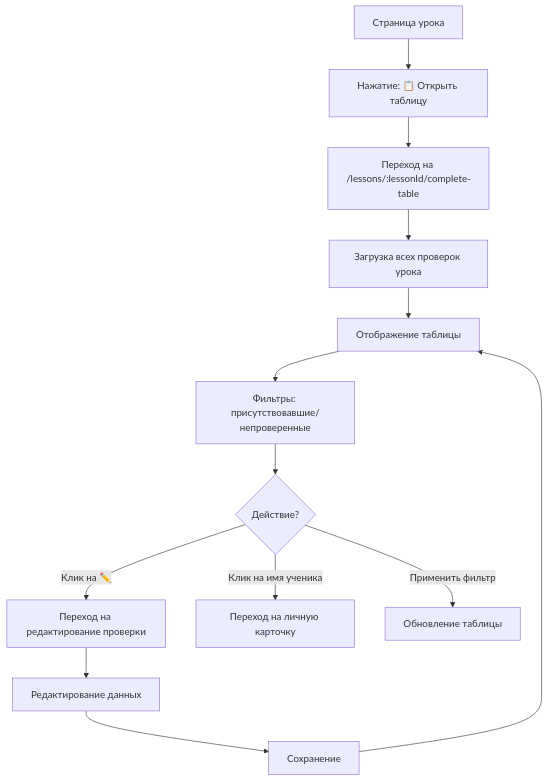
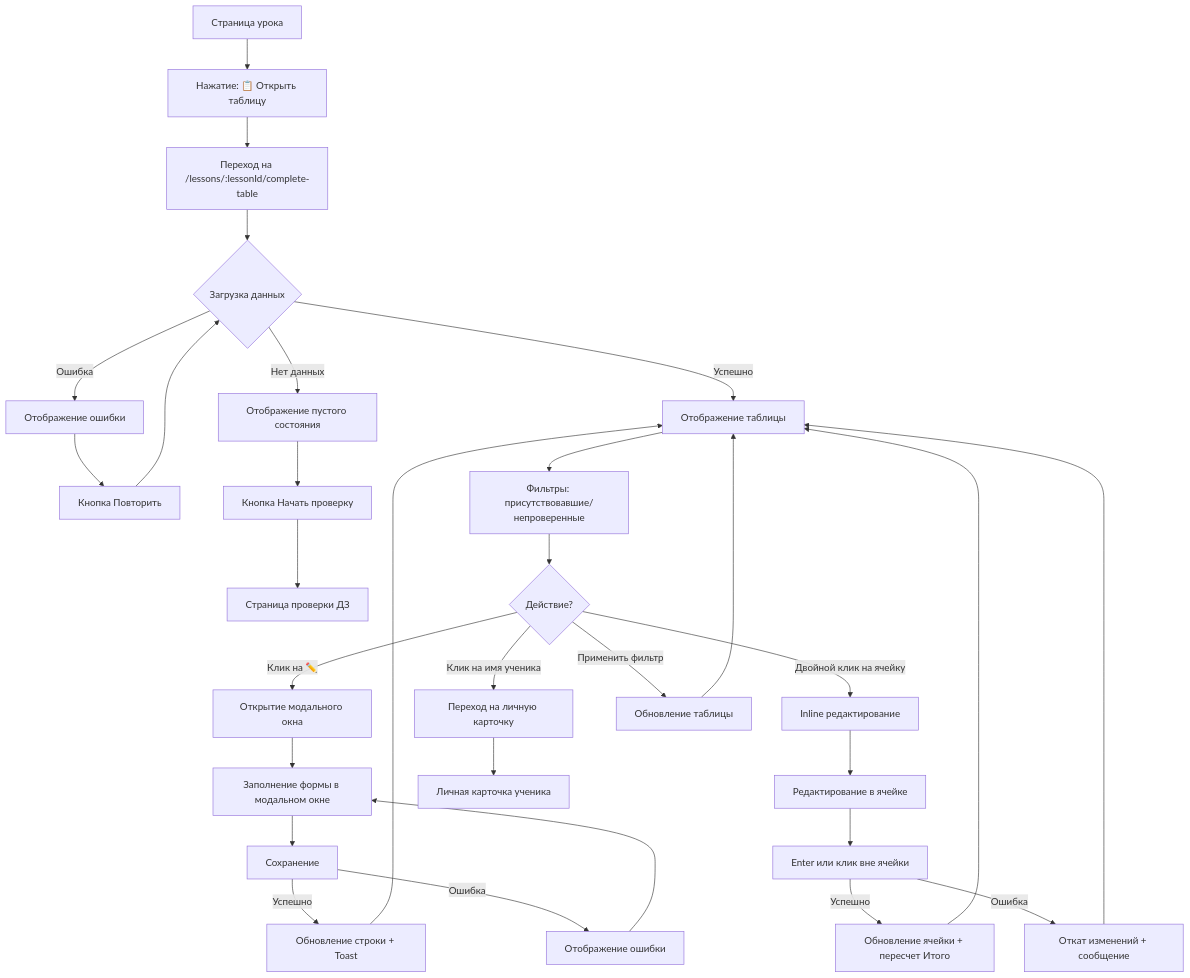
Before and after one commit to stallev/sun_school_app: the eighth of 14 diagrams in docs/user_flows/TEACHER_FLOWS.md, drawn with Mermaid. The commit also changed other lines of this file and 41 other files, not shown here.

````diff
--- a/docs/user_flows/TEACHER_FLOWS.md
+++ b/docs/user_flows/TEACHER_FLOWS.md
@@ -525,15 +532,33 @@
 ```mermaid
 flowchart TD
     A[Страница урока] --> B[Нажатие: 📋 Открыть таблицу]
     B --> C[Переход на /lessons/:lessonId/complete-table]
-    C --> D[Загрузка всех проверок урока]
-    D --> E[Отображение таблицы]
+    C --> D{Загрузка данных}
+    D -->|Успешно| E[Отображение таблицы]
+    D -->|Ошибка| ERR1[Отображение ошибки]
+    D -->|Нет данных| EMPTY1[Отображение пустого состояния]
+    ERR1 --> RETRY1[Кнопка Повторить]
+    RETRY1 --> D
+    EMPTY1 --> CHECK[Кнопка Начать проверку]
+    CHECK --> HOMEWORK[Страница проверки ДЗ]
     E --> F[Фильтры: присутствовавшие/непроверенные]
     F --> G{Действие?}
-    G -->|Клик на ✏️| H[Переход на редактирование проверки]
+    G -->|Клик на ✏️| MODAL[Открытие модального окна]
+    G -->|Двойной клик на ячейку| INLINE[Inline редактирование]
     G -->|Клик на имя ученика| I[Переход на личную карточку]
     G -->|Применить фильтр| J[Обновление таблицы]
-    H --> K[Редактирование данных]
-    K --> L[Сохранение]
-    L --> E
+    MODAL --> MODAL_FORM[Заполнение формы в модальном окне]
+    MODAL_FORM --> MODAL_SAVE[Сохранение]
+    MODAL_SAVE -->|Успешно| MODAL_SUCCESS[Обновление строки + Toast]
+    MODAL_SAVE -->|Ошибка| MODAL_ERROR[Отображение ошибки]
+    MODAL_SUCCESS --> E
+    MODAL_ERROR --> MODAL_FORM
+    INLINE --> INLINE_EDIT[Редактирование в ячейке]
+    INLINE_EDIT --> INLINE_SAVE[Enter или клик вне ячейки]
+    INLINE_SAVE -->|Успешно| INLINE_SUCCESS[Обновление ячейки + пересчет Итого]
+    INLINE_SAVE -->|Ошибка| INLINE_ERROR[Откат изменений + сообщение]
+    INLINE_SUCCESS --> E
+    INLINE_ERROR --> E
+    J --> E
+    I --> PUPIL[Личная карточка ученика]
 ```
````
